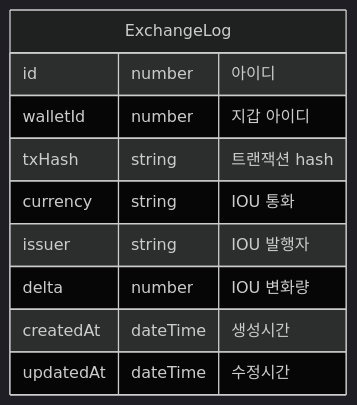
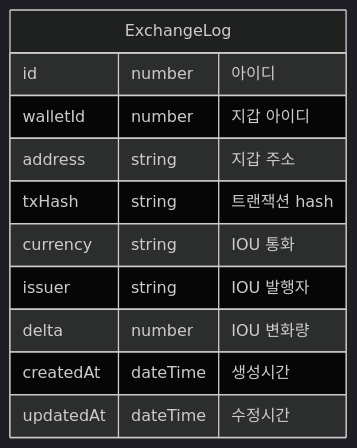
The fourth of 5 diagrams in docs/erd.md (diydriller/xrpay-server), drawn with Mermaid (dark theme) before and after one commit. The commit also changed other lines of this file and 1 other file, not shown here.

````diff
--- a/docs/erd.md
+++ b/docs/erd.md
@@ -81,13 +82,14 @@
 ```mermaid
 erDiagram
 	ExchangeLog {
         id number "아이디"
         walletId number "지갑 아이디"
+        address string "지갑 주소"
         txHash string "트랜잭션 hash"   
         currency string "IOU 통화"  
         issuer string "IOU 발행자"   
         delta number "IOU 변화량"    
         createdAt dateTime "생성시간"
         updatedAt dateTime "수정시간"
   }
 ```
````
